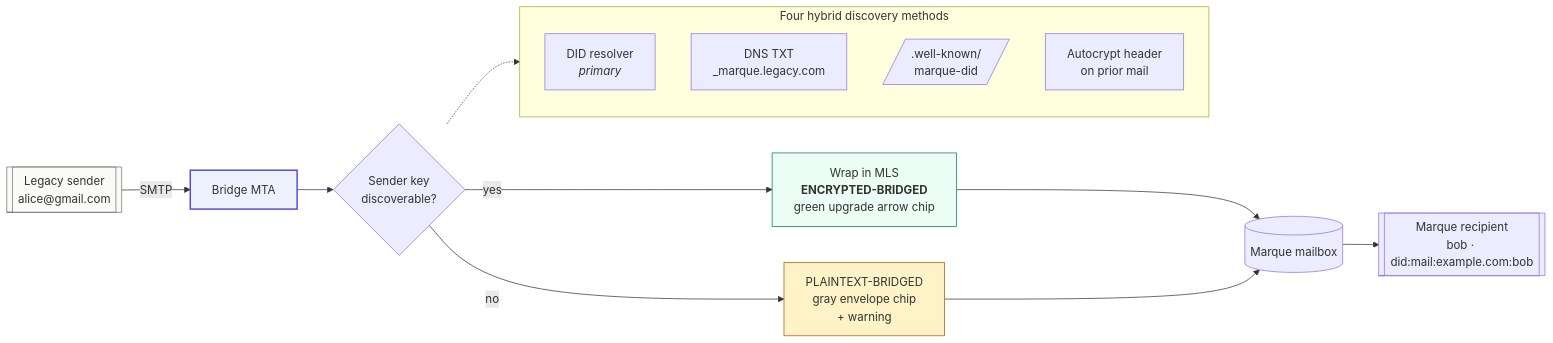
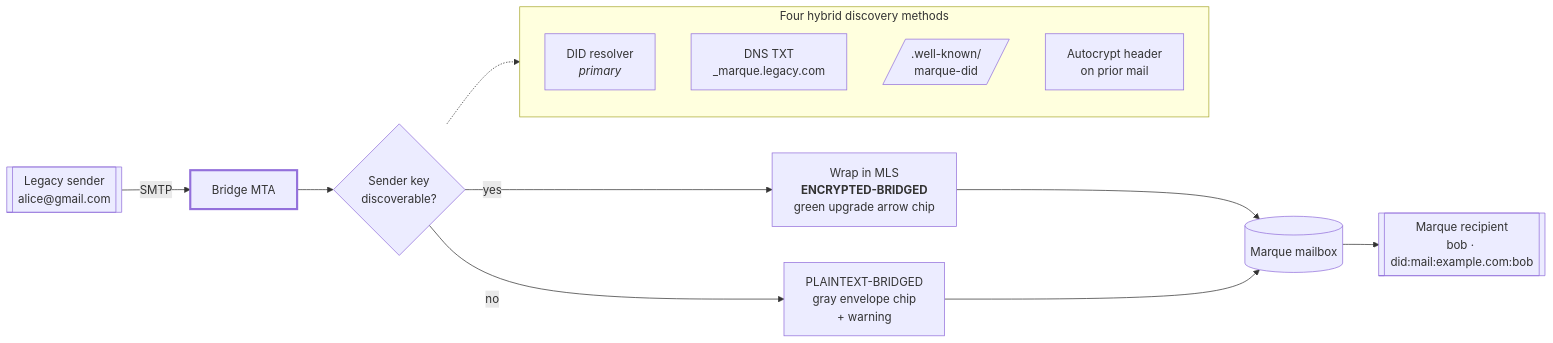
Before and after one commit to tamimbinhakim/marque: the fifth of 5 diagrams in docs/architecture-overview.md, drawn with Mermaid. The commit also changed other lines of this file and 6 other files, not shown here.

````diff
--- a/docs/architecture-overview.md
+++ b/docs/architecture-overview.md
@@ -228,31 +210,25 @@
 ```mermaid
 flowchart LR
     GM[["Legacy sender<br/>alice@gmail.com"]] -->|SMTP| BR[Bridge MTA]
 
     BR --> D1{Sender key<br/>discoverable?}
 
     subgraph DISCOVERY ["Four hybrid discovery methods"]
         direction TB
         M1[DID resolver<br/><i>primary</i>]
         M2[DNS TXT<br/>_marque.legacy.com]
         M3[/.well-known/<br/>marque-did/]
         M4[Autocrypt header<br/>on prior mail]
     end
     D1 -.-> DISCOVERY
 
     D1 -->|yes| ENC[Wrap in MLS<br/><b>ENCRYPTED-BRIDGED</b><br/>green upgrade arrow chip]
     D1 -->|no| PT[PLAINTEXT-BRIDGED<br/>gray envelope chip<br/>+ warning]
 
     ENC --> MB[(Marque mailbox)]
     PT --> MB
     MB --> RCPT[["Marque recipient<br/>bob · did:mail:example.com:bob"]]
 
-    classDef legacy fill:#fafaf9,stroke:#78716c;
-    classDef bridge fill:#eef2ff,stroke:#4f46e5,stroke-width:2px;
-    classDef enc fill:#ecfdf5,stroke:#047857;
-    classDef plain fill:#fef3c7,stroke:#b45309;
-    class GM legacy
-    class BR bridge
-    class ENC enc
-    class PT plain
+    classDef emphasized stroke-width:3px;
+    class BR emphasized
 ```
````
